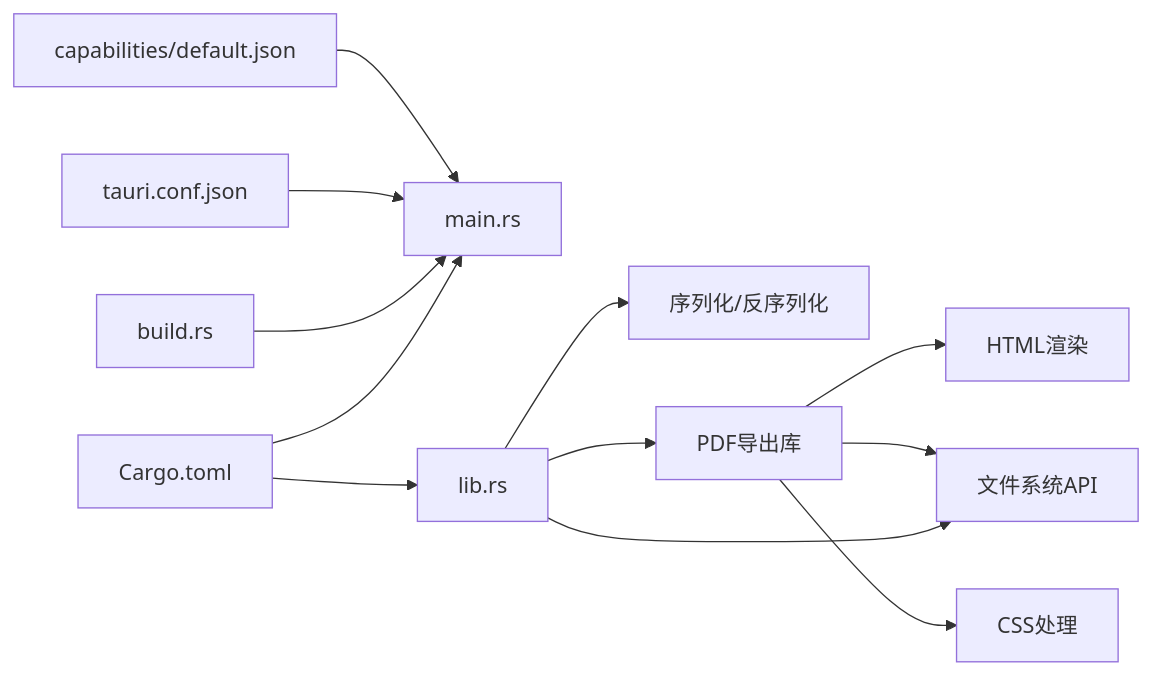
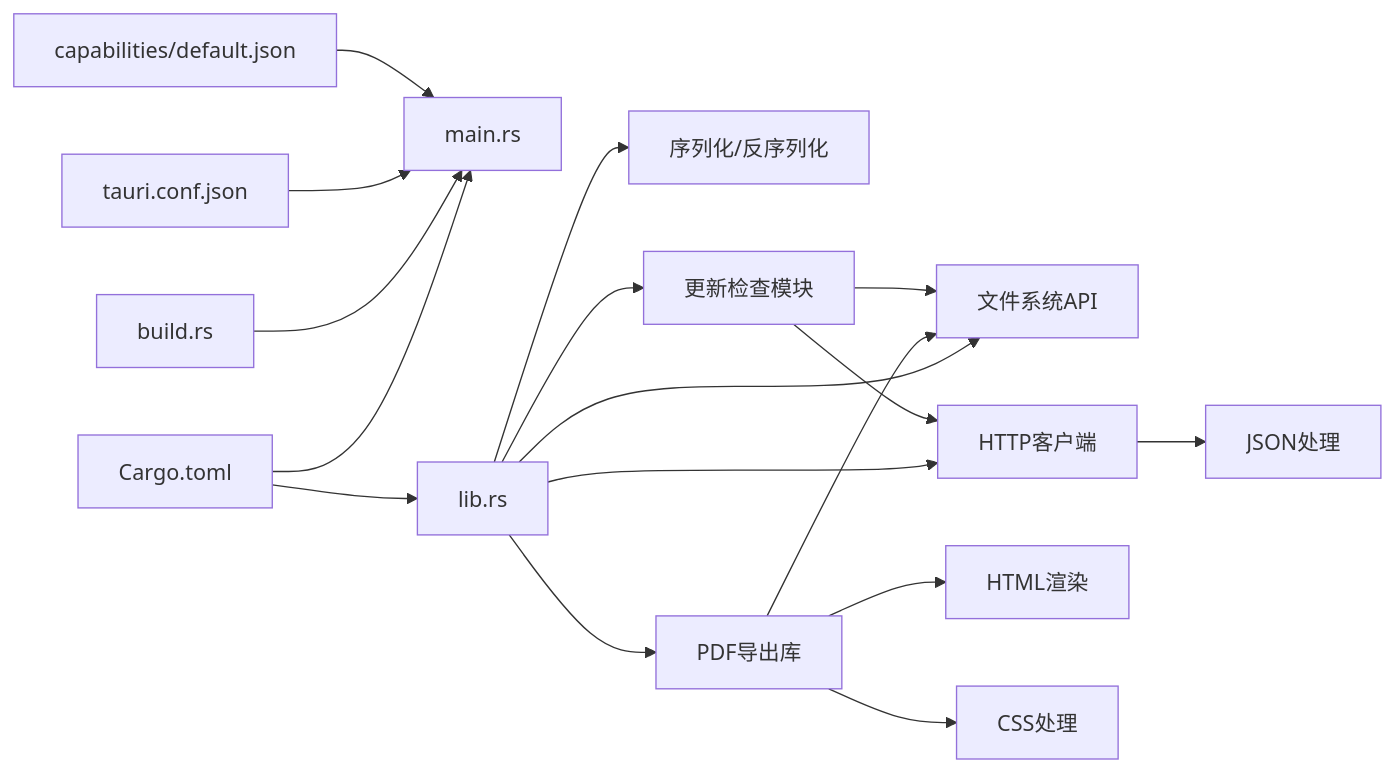
The third of 3 diagrams in .qoder/repowiki/zh/content/Tauri后端.md (gongshiyun/ZenNote), drawn with Mermaid before and after one commit. The commit also changed other lines of this file and 21 other files, not shown here.

````diff
--- a/.qoder/repowiki/zh/content/Tauri后端.md
+++ b/.qoder/repowiki/zh/content/Tauri后端.md
@@ -233,14 +246,19 @@
 ```mermaid
 graph LR
 Cargo["Cargo.toml"] --> Main["main.rs"]
 Cargo --> Lib["lib.rs"]
 Build["build.rs"] --> Main
 Conf["tauri.conf.json"] --> Main
 Cap["capabilities/default.json"] --> Main
 Lib --> FS["文件系统API"]
 Lib --> Serde["序列化/反序列化"]
 Lib --> PDF["PDF导出库"]
+Lib --> HTTP["HTTP客户端"]
+Lib --> Update["更新检查模块"]
 PDF --> HTML["HTML渲染"]
 PDF --> CSS["CSS处理"]
 PDF --> FS
+HTTP --> JSON["JSON处理"]
+Update --> FS
+Update --> HTTP
 ```
````
